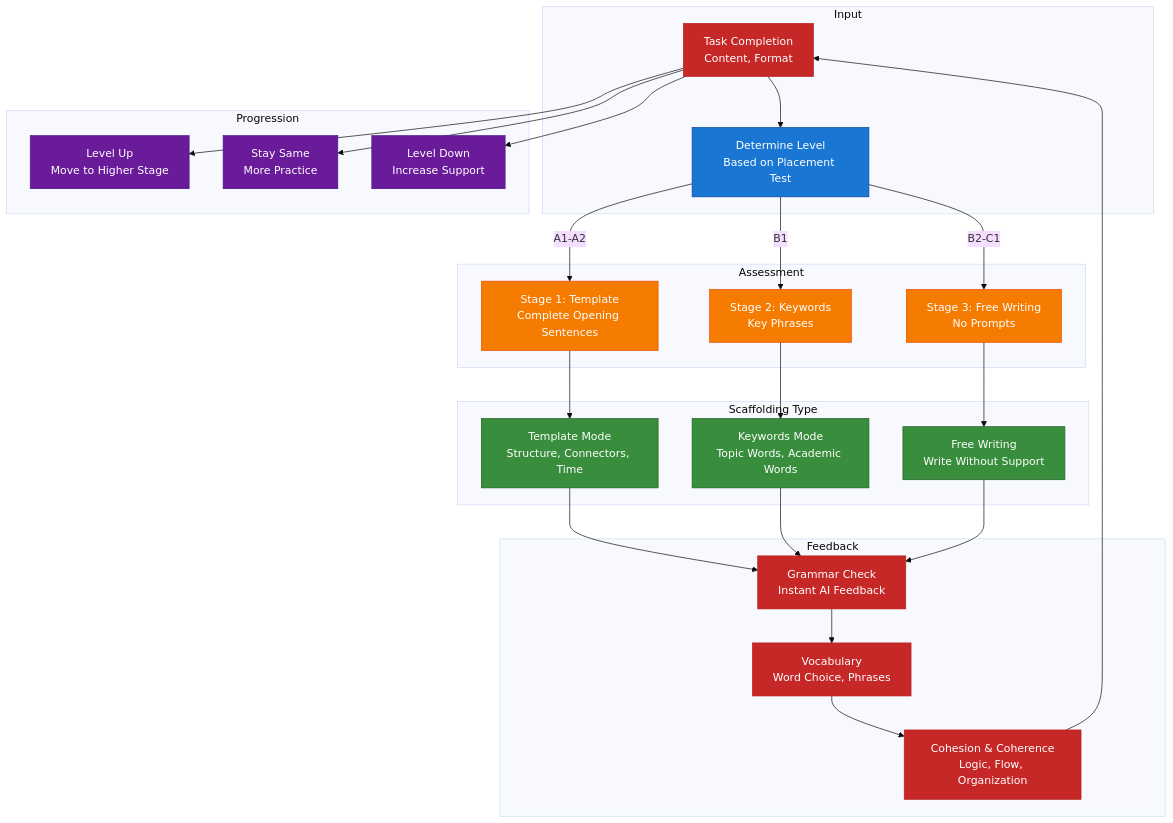
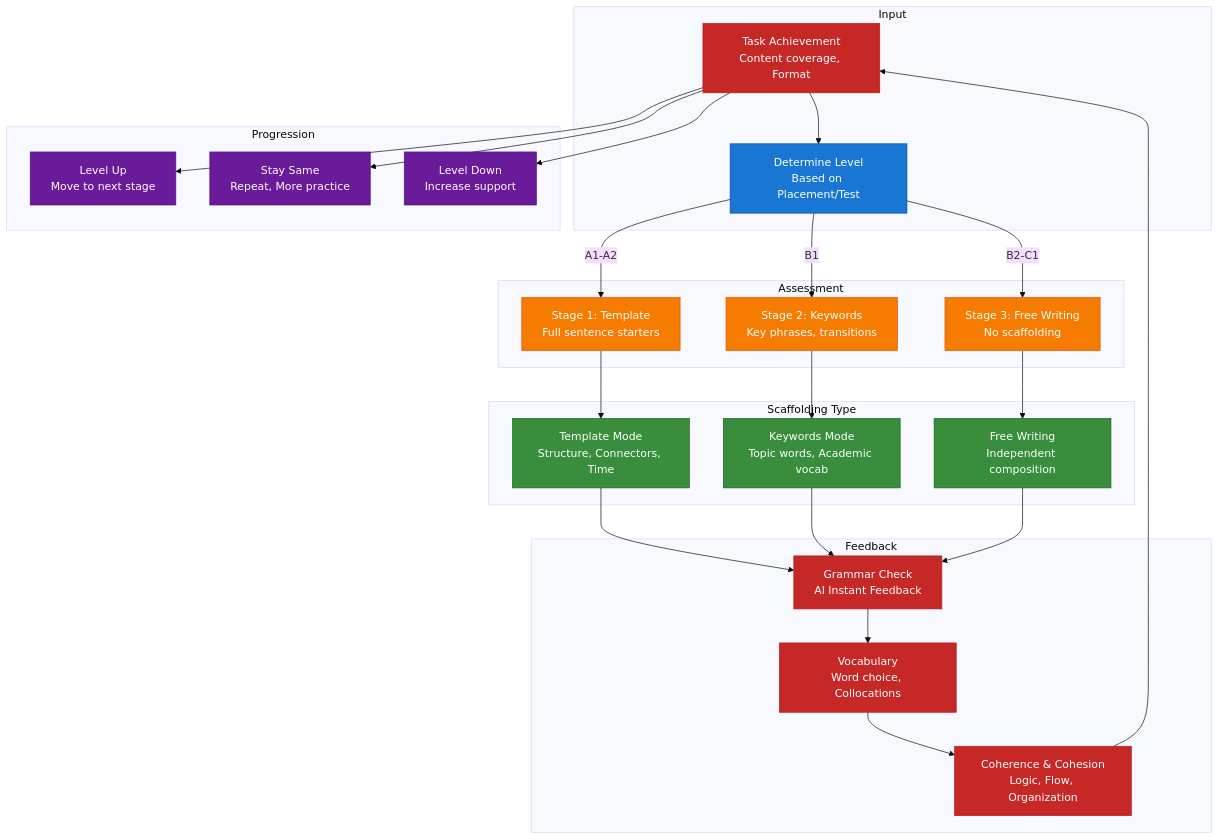
Before and after one commit to nghyane/VSTEP: the third of 8 diagrams in docs/capstone/diagrams/flow-diagrams.vi.md, drawn with Mermaid (base theme). The commit also changed other lines of this file, not shown here.

First line of the commit message:
docs: fix Vietnamese flow diagrams to proper Vietnamese language

````diff
--- a/docs/capstone/diagrams/flow-diagrams.vi.md
+++ b/docs/capstone/diagrams/flow-diagrams.vi.md
@@ -126,61 +126,61 @@
 ```mermaid
 flowchart TB
     subgraph Input ["Input"]
-        Task["Select Writing<br/>Task 1 (Letter), Task 2 (Essay)"]
-        Level["Determine Level<br/>Based on Placement Test"]
+        Task["Select Writing Task<br/>Task 1 (Email), Task 2 (Essay)"]
+        Level["Determine Level<br/>Based on Placement/Test"]
     end
 
     subgraph Assessment ["Assessment"]
-        Stage1["Stage 1: Template<br/>Complete Opening Sentences"]
-        Stage2["Stage 2: Keywords<br/>Key Phrases"]
-        Stage3["Stage 3: Free Writing<br/>No Prompts"]
+        Stage1["Stage 1: Template<br/>Full sentence starters"]
+        Stage2["Stage 2: Keywords<br/>Key phrases, transitions"]
+        Stage3["Stage 3: Free Writing<br/>No scaffolding"]
     end
 
     subgraph Scaffold ["Scaffolding Type"]
         Template["Template Mode<br/>Structure, Connectors, Time"]
-        Keywords["Keywords Mode<br/>Topic Words, Academic Words"]
-        Free["Free Writing<br/>Write Without Support"]
+        Keywords["Keywords Mode<br/>Topic words, Academic vocab"]
+        Free["Free Writing<br/>Independent composition"]
     end
 
     subgraph Feedback ["Feedback"]
-        Grammar["Grammar Check<br/>Instant AI Feedback"]
-        Vocab["Vocabulary<br/>Word Choice, Phrases"]
-        Cohesion["Cohesion & Coherence<br/>Logic, Flow, Organization"]
-        Task["Task Completion<br/>Content, Format"]
+        Grammar["Grammar Check<br/>AI Instant Feedback"]
+        Vocab["Vocabulary<br/>Word choice, Collocations"]
+        Cohesion["Coherence & Cohesion<br/>Logic, Flow, Organization"]
+        Task["Task Achievement<br/>Content coverage, Format"]
     end
 
     subgraph Progression ["Progression"]
-        Up["Level Up<br/>Move to Higher Stage"]
-        Stay["Stay Same<br/>More Practice"]
-        Down["Level Down<br/>Increase Support"]
+        Up["Level Up<br/>Move to next stage"]
+        Stay["Stay Same<br/>Repeat, More practice"]
+        Down["Level Down<br/>Increase support"]
     end
 
     Task --> Level
     Level -->|A1-A2| Stage1
     Level -->|B1| Stage2
     Level -->|B2-C1| Stage3
     Stage1 --> Template
     Stage2 --> Keywords
     Stage3 --> Free
     Template --> Grammar
     Keywords --> Grammar
     Free --> Grammar
     Grammar --> Vocab
     Vocab --> Cohesion
     Cohesion --> Task
     Task --> Up
     Task --> Stay
     Task --> Down
 
     classDef input fill:#1976d2,stroke:#0d47a1,color:#fff
     classDef assessment fill:#f57c00,stroke:#e65100,color:#fff
     classDef scaffold fill:#388e3c,stroke:#1b5e20,color:#fff
     classDef feedback fill:#c62828,stroke:#b71c1c,color:#fff
     classDef progression fill:#6a1b9a,stroke:#4a148c,color:#fff
 
     class Task,Level input
     class Stage1,Stage2,Stage3 assessment
     class Template,Keywords,Free scaffold
     class Grammar,Vocab,Cohesion,Task feedback
     class Up,Stay,Down progression
 ```
````
